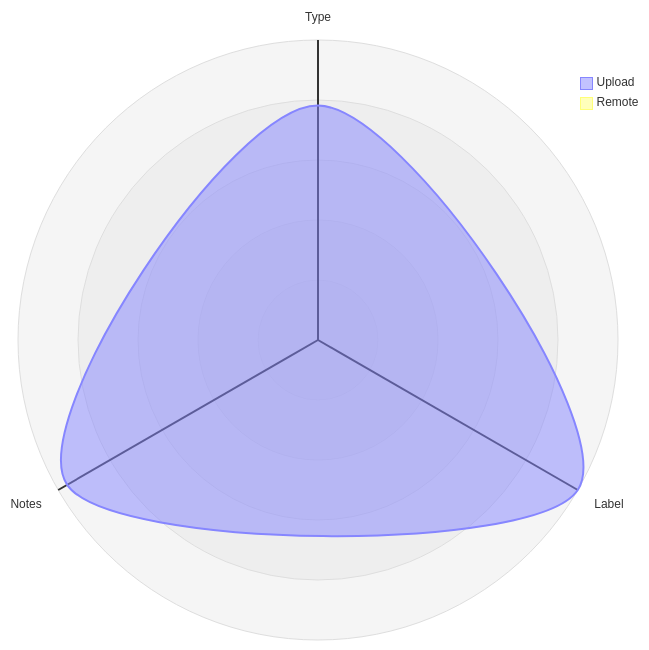
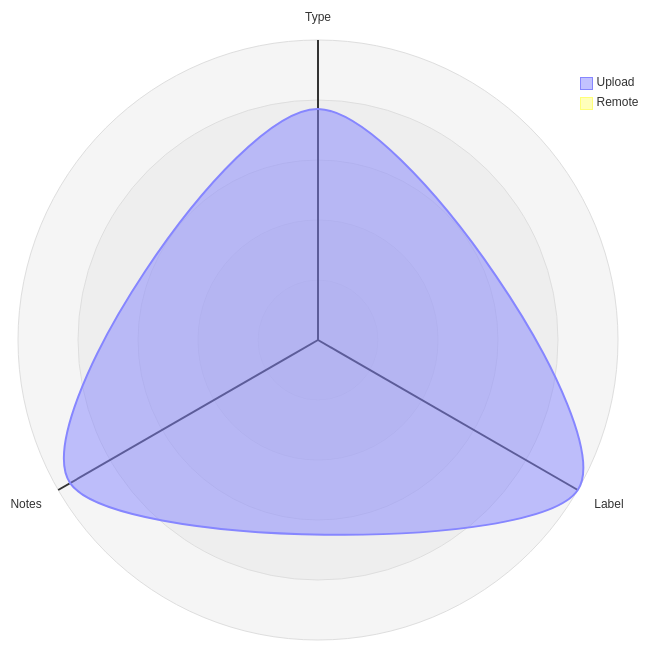
Before and after one commit to open-data/analytics-corporate-reporting: the third of 5 diagrams in datastore_tracker/README.md, drawn with Mermaid. The commit also changed other lines of this file and 9 other files, not shown here.

````diff
--- a/datastore_tracker/README.md
+++ b/datastore_tracker/README.md
@@ -104,12 +104,12 @@
 ```mermaid
 radar-beta
   axis T["Type"], L["Label"], N["Notes"]
-  curve u["Upload"]{0.00068, 0.00087, 0.00084}
+  curve u["Upload"]{0.00067, 0.00087, 0.00083}
   curve r["Remote"]{0, 0, 0}
 
   showLegend true
 
   min 0
   graticule circle
   ticks 5
 ```
````
